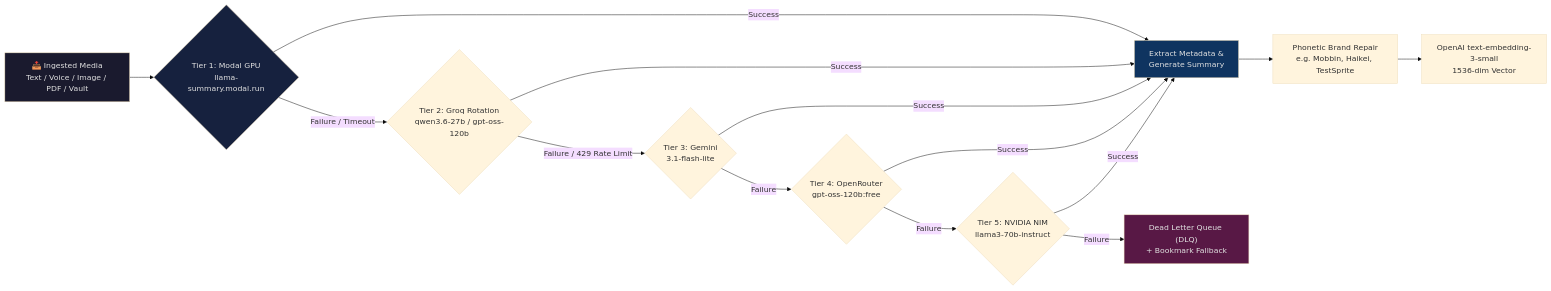
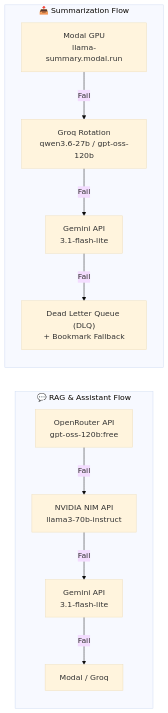
Before and after one commit to PriyanshuG27/Atrium: the third of 3 diagrams in README.md, drawn with Mermaid (base theme). The commit also changed other lines of this file, not shown here.

Commit message:
docs(readme): update AI cascade with task-specific provider flows (RAG: OpenRouter -> NVIDIA NIM -> Gemini; Summary: Modal -> Groq -> Gemini)

````diff
--- a/README.md
+++ b/README.md
@@ -229,21 +247,14 @@
 ```mermaid
 flowchart LR
-    A["📥 Ingested Media\nText / Voice / Image / PDF / Vault"] --> B{"Tier 1: Modal GPU\nllama-summary.modal.run"}
-    B -->|"Success"| E["Extract Metadata &\nGenerate Summary"]
-    B -->|"Failure / Timeout"| C{"Tier 2: Groq Rotation\nqwen3.6-27b / gpt-oss-120b"}
-    C -->|"Success"| E
-    C -->|"Failure / 429 Rate Limit"| D{"Tier 3: Gemini\n3.1-flash-lite"}
-    D -->|"Success"| E
-    D -->|"Failure"| OR{"Tier 4: OpenRouter\ngpt-oss-120b:free"}
-    OR -->|"Success"| E
-    OR -->|"Failure"| NV{"Tier 5: NVIDIA NIM\nllama3-70b-instruct"}
-    NV -->|"Success"| E
-    NV -->|"Failure"| F["Dead Letter Queue (DLQ)\n+ Bookmark Fallback"]
-    E --> G["Phonetic Brand Repair\ne.g. Mobbin, Haikei, TestSprite"]
-    G --> H["OpenAI text-embedding-3-small\n1536-dim Vector"]
+    subgraph RAG_FLOW["💬 RAG & Assistant Flow"]
+        R1["OpenRouter API\ngpt-oss-120b:free"] -->|"Fail"| R2["NVIDIA NIM API\nllama3-70b-instruct"]
+        R2 -->|"Fail"| R3["Gemini API\n3.1-flash-lite"]
+        R3 -->|"Fail"| R4["Modal / Groq"]
+    end
 
-    style A fill:#1a1a2e,color:#e0e0e0
-    style B fill:#16213e,color:#e0e0e0
-    style E fill:#0f3460,color:#e0e0e0
-    style F fill:#581845,color:#e0e0e0
+    subgraph INGEST_FLOW["📥 Summarization Flow"]
+        S1["Modal GPU\nllama-summary.modal.run"] -->|"Fail"| S2["Groq Rotation\nqwen3.6-27b / gpt-oss-120b"]
+        S2 -->|"Fail"| S3["Gemini API\n3.1-flash-lite"]
+        S3 -->|"Fail"| S4["Dead Letter Queue (DLQ)\n+ Bookmark Fallback"]
+    end
 ```
````
